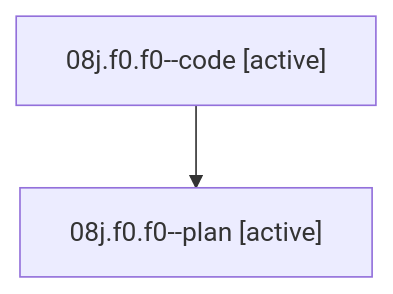
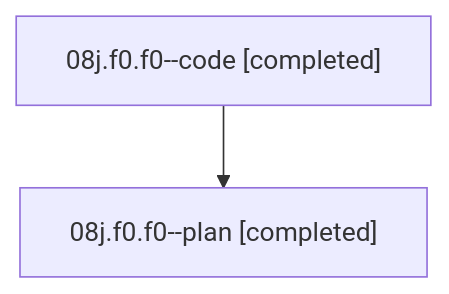
The diagram in families/bbugyi200.athena.08j.f0.f0.md (bobs-org/bob-cli--agents), drawn with Mermaid before and after one commit. The commit also changed other lines of this file and 38 other files, not shown here.

````diff
--- a/families/bbugyi200.athena.08j.f0.f0.md
+++ b/families/bbugyi200.athena.08j.f0.f0.md
@@ -9,6 +9,6 @@
 ```mermaid
 flowchart TD
-  n0["08j.f0.f0--code [active]"]
-  n1["08j.f0.f0--plan [active]"]
+  n0["08j.f0.f0--code [completed]"]
+  n1["08j.f0.f0--plan [completed]"]
   n0 --> n1
 ```
````
